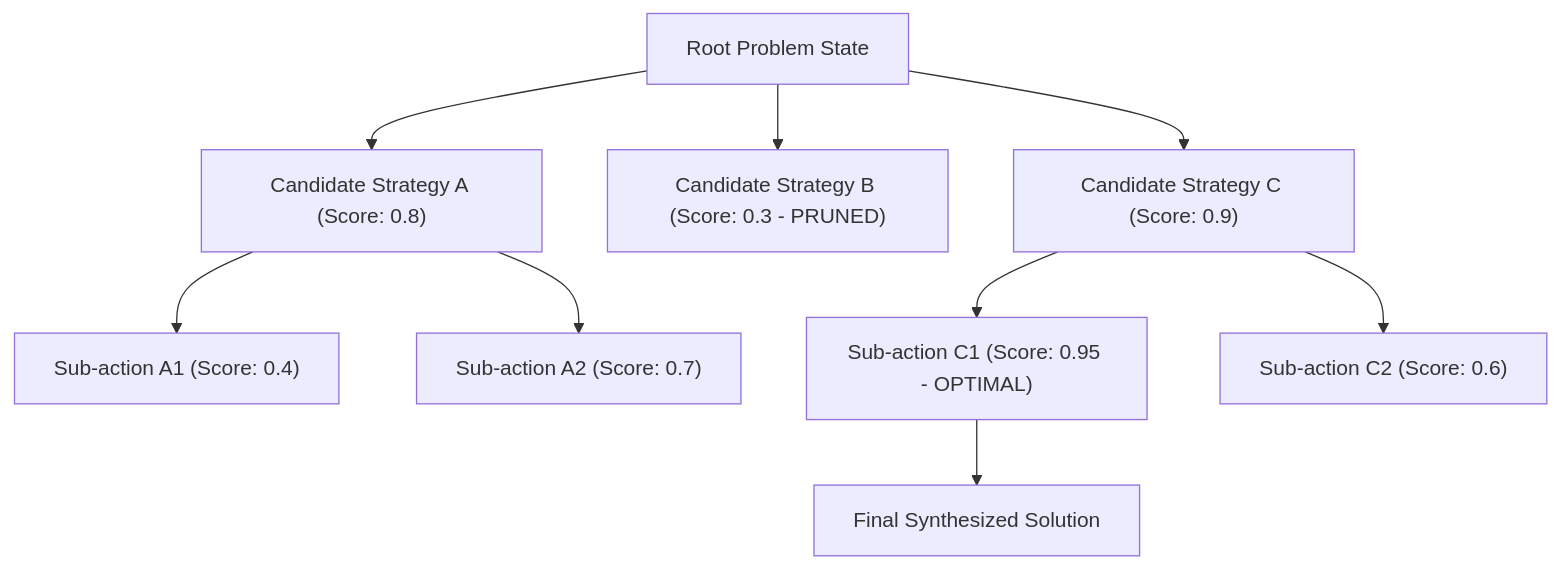
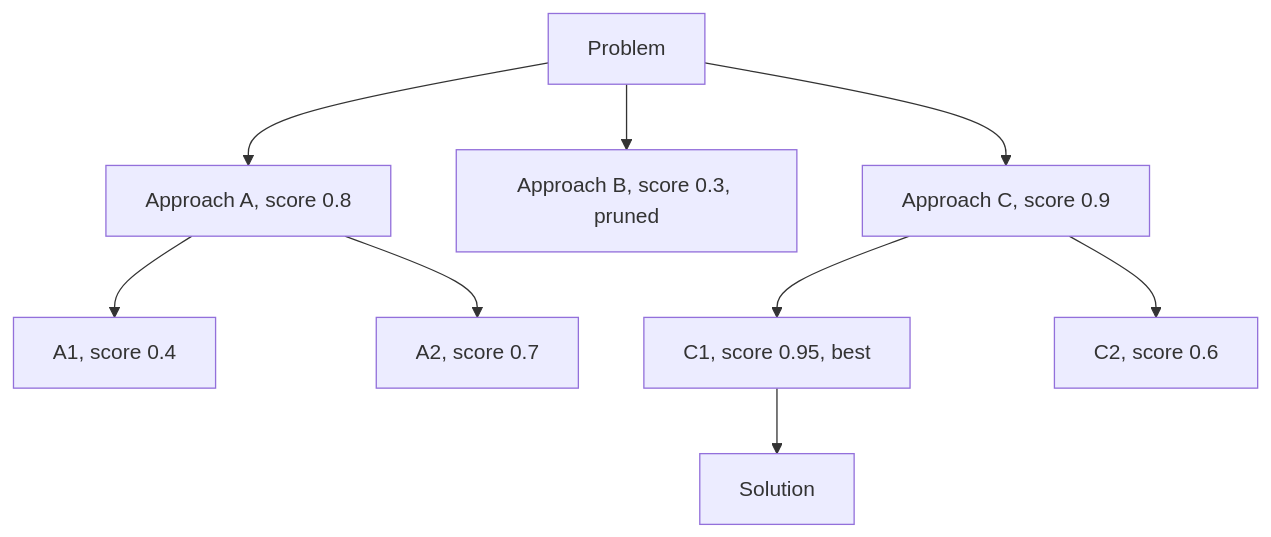
Diagram 16 of 28 in README.md (TheLearningHubOrg/learn-prompt-engineering), drawn with Mermaid before and after one commit. The commit also changed other lines of this file and 39 other files, not shown here.

````diff
--- a/README.md
+++ b/README.md
@@ -291,14 +1471,11 @@
 ```mermaid
-graph TD
-    ROOT["Root Problem State"] --> T1["Candidate Strategy A (Score: 0.8)"]
-    ROOT --> T2["Candidate Strategy B (Score: 0.3 - PRUNED)"]
-    ROOT --> T3["Candidate Strategy C (Score: 0.9)"]
-
-    T1 --> T1_1["Sub-action A1 (Score: 0.4)"]
-    T1 --> T1_2["Sub-action A2 (Score: 0.7)"]
-
-    T3 --> T3_1["Sub-action C1 (Score: 0.95 - OPTIMAL)"]
-    T3 --> T3_2["Sub-action C2 (Score: 0.6)"]
-
-    T3_1 --> SOL["Final Synthesized Solution"]
+flowchart TD
+    ROOT["Problem"] --> T1["Approach A, score 0.8"]
+    ROOT --> T2["Approach B, score 0.3, pruned"]
+    ROOT --> T3["Approach C, score 0.9"]
+    T1 --> T11["A1, score 0.4"]
+    T1 --> T12["A2, score 0.7"]
+    T3 --> T31["C1, score 0.95, best"]
+    T3 --> T32["C2, score 0.6"]
+    T31 --> SOL["Solution"]
 ```
````
